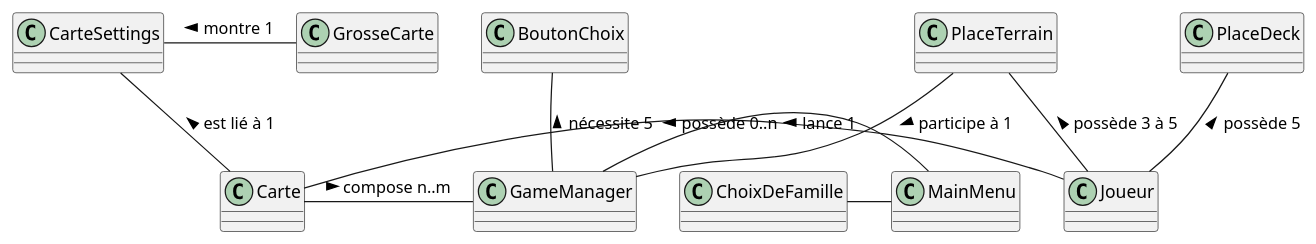
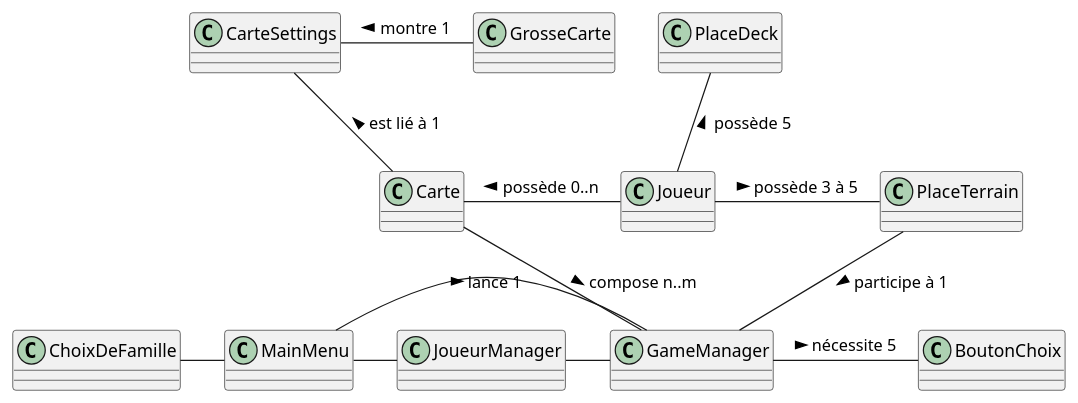
The diagram in LGDG simplifie.plantuml (Camicey/UnityLGDG), drawn with PlantUML before and after one commit. The commit also changed 5 other files, not shown here.

Commit message:
PlantUML et instructions

```diff
--- a/LGDG simplifie.plantuml
+++ b/LGDG simplifie.plantuml
@@ -1,25 +1,26 @@
 @startuml DiagrammeUML
 class Joueur
 class Carte
 class GameManager
 class PlaceTerrain
 class PlaceDeck
 class CarteSettings
 class GrosseCarte
 class ChoixDeFamille
 class MainMenu
 class BoutonChoix
 
-PlaceTerrain -- Joueur : < possède 3 à 5
+Joueur - PlaceTerrain : > possède 3 à 5
 PlaceTerrain -- GameManager : > participe à 1
 Carte - Joueur : < possède 0..n
 Carte - GameManager : > compose n..m
 CarteSettings -- Carte : < est lié à 1
-BoutonChoix -- GameManager : < nécessite 5
+GameManager - BoutonChoix : > nécessite 5
 ChoixDeFamille - MainMenu 
 MainMenu - GameManager : > lance 1
-CarteSettings - GrosseCarte : < montre 1
+GrosseCarte - CarteSettings : > montre 1
 PlaceDeck -- Joueur : < possède 5
-
+JoueurManager - GameManager
+MainMenu - JoueurManager
 
 @enduml
```
